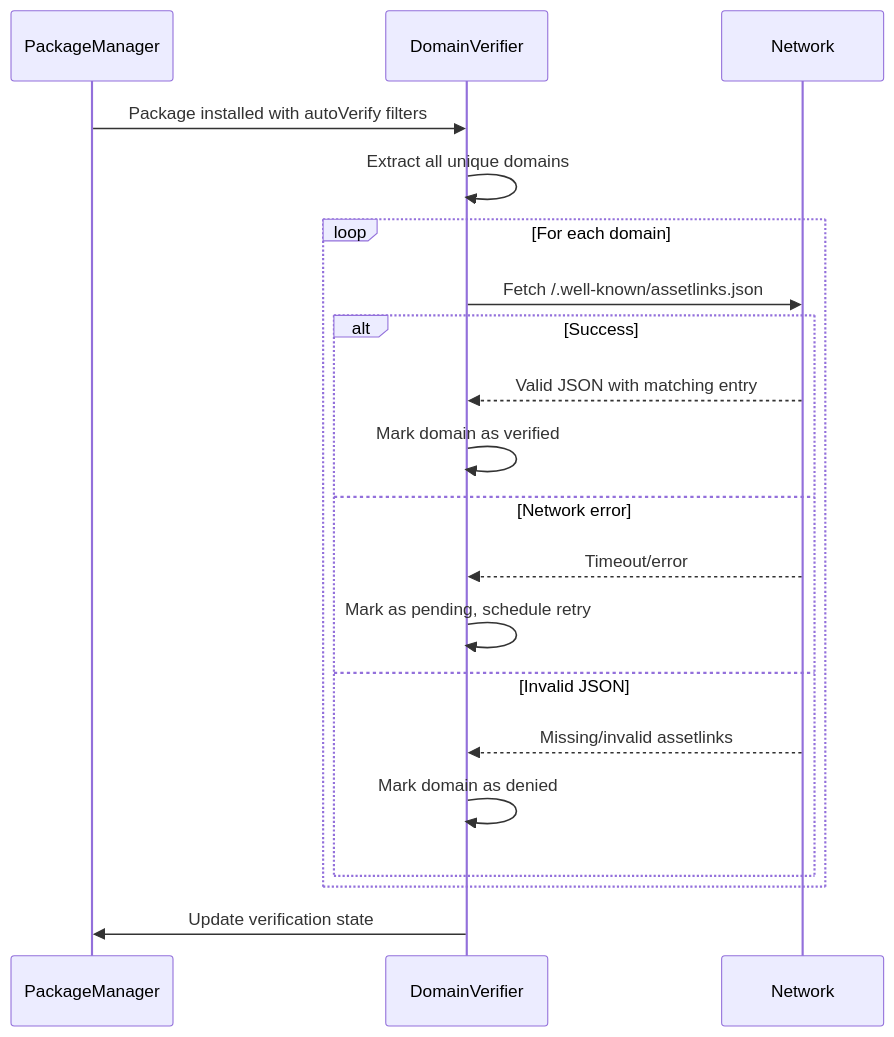
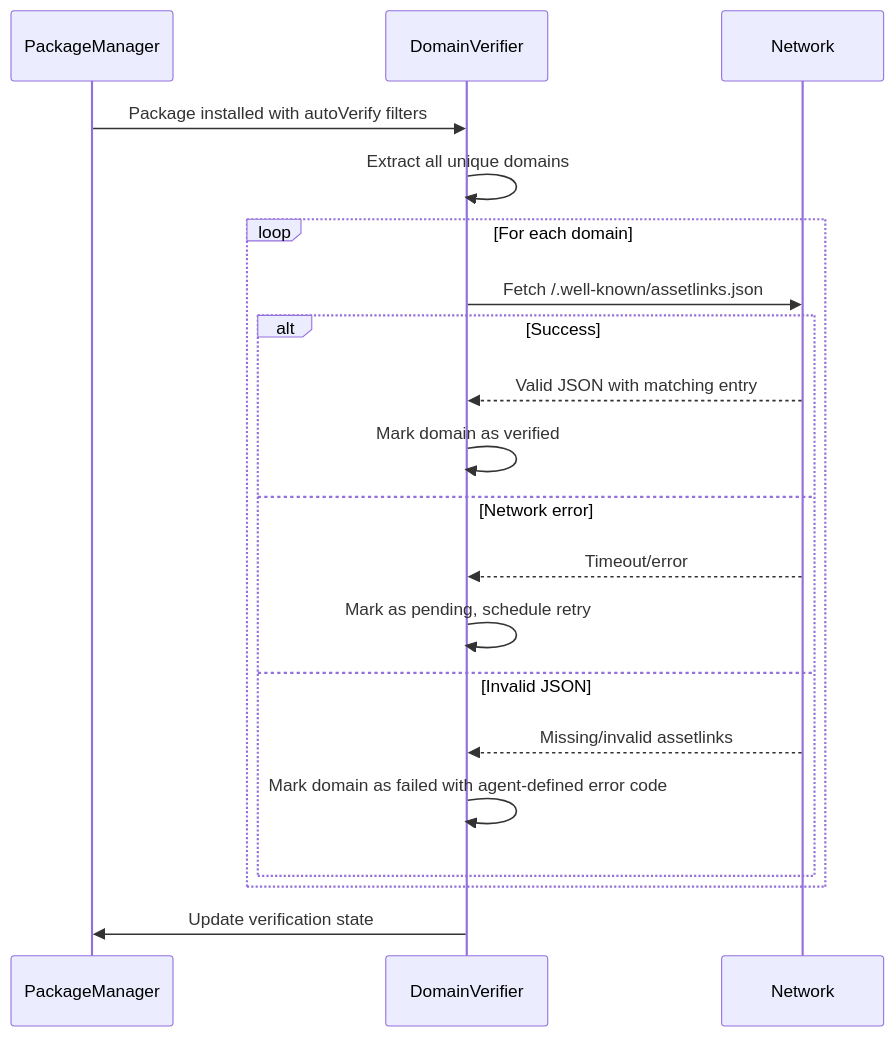
Diagram 19 of 31 in 21-intent-system.md (aospbooks/aosp-internal-book), drawn with Mermaid before and after one commit. The commit also changed other lines of this file and 218 other files, not shown here.

````diff
--- a/21-intent-system.md
+++ b/21-intent-system.md
@@ -1883,23 +1917,23 @@
 ```mermaid
 sequenceDiagram
     participant PM as PackageManager
     participant DV as DomainVerifier
     participant Net as Network
 
     PM->>DV: Package installed with autoVerify filters
     DV->>DV: Extract all unique domains
     loop For each domain
         DV->>Net: Fetch /.well-known/assetlinks.json
         alt Success
             Net-->>DV: Valid JSON with matching entry
             DV->>DV: Mark domain as verified
         else Network error
             Net-->>DV: Timeout/error
             DV->>DV: Mark as pending, schedule retry
         else Invalid JSON
             Net-->>DV: Missing/invalid assetlinks
-            DV->>DV: Mark domain as denied
+            DV->>DV: Mark domain as failed with agent-defined error code
         end
     end
     DV->>PM: Update verification state
 ```
````
